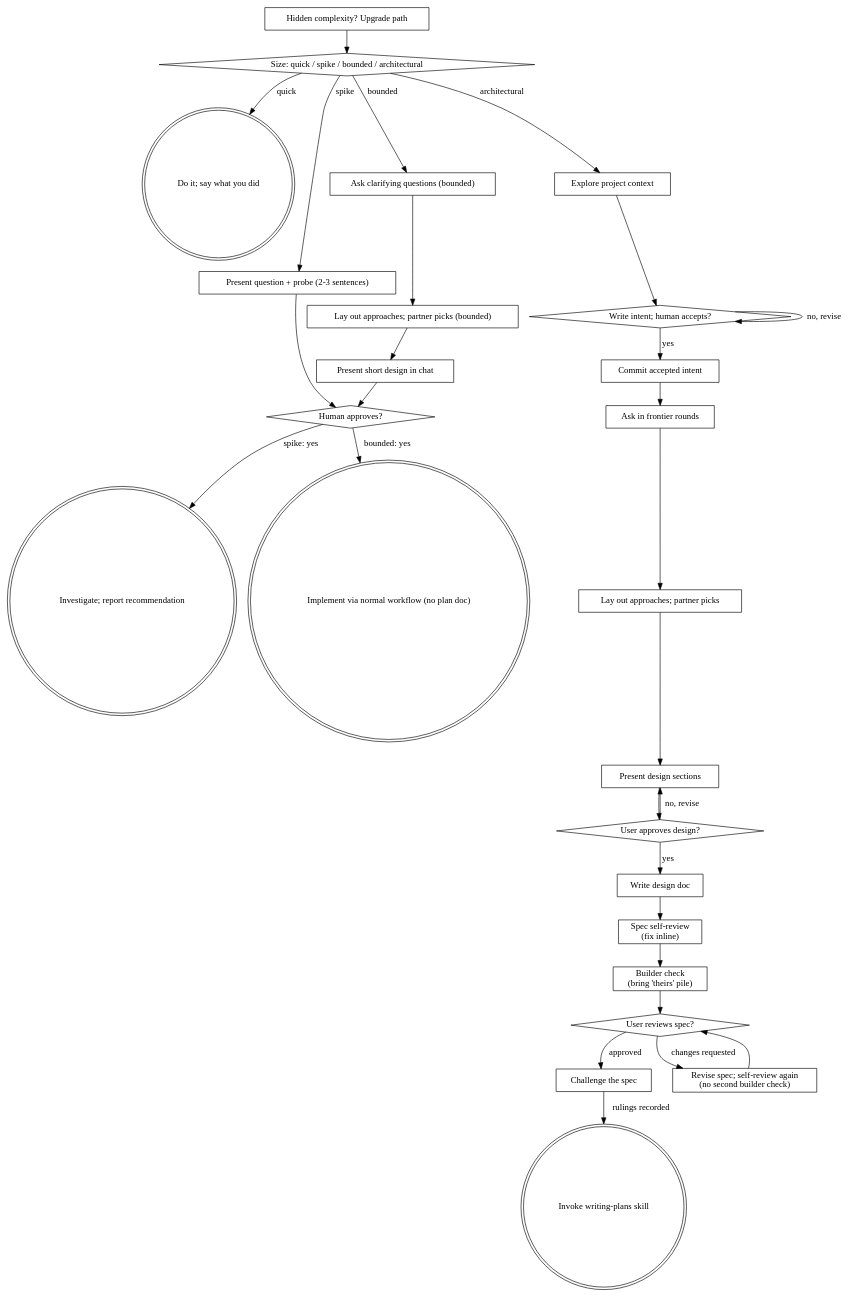
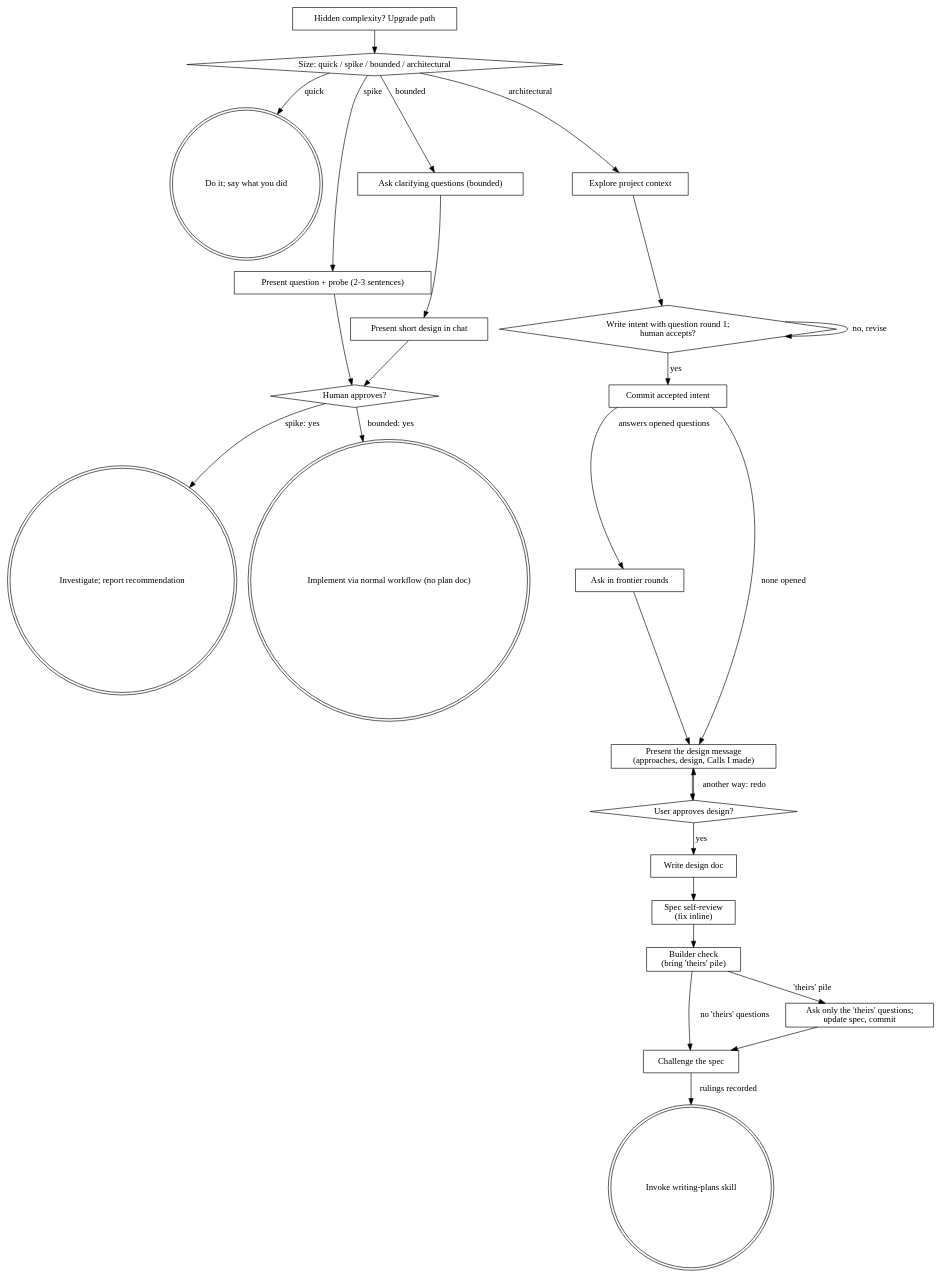
The diagram in skills/brainstorming/references/architectural.md (malekgxd/superpowers), drawn with Graphviz before and after one commit. The commit also changed other lines of this file and 3 other files, not shown here.

Commit message:
brainstorming: intent carries question round 1, one design message, no spec review stop

````diff
--- a/skills/brainstorming/references/architectural.md
+++ b/skills/brainstorming/references/architectural.md
@@ -54,56 +52,51 @@
 ```dot
 digraph brainstorming {
     "Size: quick / spike / bounded / architectural" [shape=diamond];
     "Do it; say what you did" [shape=doublecircle];
     "Present question + probe (2-3 sentences)" [shape=box];
     "Ask clarifying questions (bounded)" [shape=box];
-    "Lay out approaches; partner picks (bounded)" [shape=box];
     "Present short design in chat" [shape=box];
     "Human approves?" [shape=diamond];
     "Investigate; report recommendation" [shape=doublecircle];
     "Implement via normal workflow (no plan doc)" [shape=doublecircle];
     "Explore project context" [shape=box];
-    "Write intent; human accepts?" [shape=diamond];
+    "Write intent with question round 1;\nhuman accepts?" [shape=diamond];
     "Commit accepted intent" [shape=box];
     "Ask in frontier rounds" [shape=box];
     "Challenge the spec" [shape=box];
-    "Lay out approaches; partner picks" [shape=box];
-    "Present design sections" [shape=box];
+    "Present the design message\n(approaches, design, Calls I made)" [shape=box];
     "User approves design?" [shape=diamond];
     "Write design doc" [shape=box];
     "Spec self-review\n(fix inline)" [shape=box];
     "Builder check\n(bring 'theirs' pile)" [shape=box];
-    "User reviews spec?" [shape=diamond];
+    "Ask only the 'theirs' questions;\nupdate spec, commit" [shape=box];
     "Invoke writing-plans skill" [shape=doublecircle];
     "Hidden complexity? Upgrade path" [shape=box];
 
     "Size: quick / spike / bounded / architectural" -> "Do it; say what you did" [label="quick"];
     "Size: quick / spike / bounded / architectural" -> "Present question + probe (2-3 sentences)" [label="spike"];
     "Size: quick / spike / bounded / architectural" -> "Ask clarifying questions (bounded)" [label="bounded"];
     "Size: quick / spike / bounded / architectural" -> "Explore project context" [label="architectural"];
     "Present question + probe (2-3 sentences)" -> "Human approves?";
-    "Ask clarifying questions (bounded)" -> "Lay out approaches; partner picks (bounded)";
-    "Lay out approaches; partner picks (bounded)" -> "Present short design in chat";
+    "Ask clarifying questions (bounded)" -> "Present short design in chat";
     "Present short design in chat" -> "Human approves?";
     "Human approves?" -> "Investigate; report recommendation" [label="spike: yes"];
     "Human approves?" -> "Implement via normal workflow (no plan doc)" [label="bounded: yes"];
     "Hidden complexity? Upgrade path" -> "Size: quick / spike / bounded / architectural";
-    "Explore project context" -> "Write intent; human accepts?";
-    "Write intent; human accepts?" -> "Write intent; human accepts?" [label="no, revise"];
-    "Write intent; human accepts?" -> "Commit accepted intent" [label="yes"];
-    "Commit accepted intent" -> "Ask in frontier rounds";
-    "Ask in frontier rounds" -> "Lay out approaches; partner picks";
-    "Lay out approaches; partner picks" -> "Present design sections";
-    "Present design sections" -> "User approves design?";
-    "User approves design?" -> "Present design sections" [label="no, revise"];
+    "Explore project context" -> "Write intent with question round 1;\nhuman accepts?";
+    "Write intent with question round 1;\nhuman accepts?" -> "Write intent with question round 1;\nhuman accepts?" [label="no, revise"];
+    "Write intent with question round 1;\nhuman accepts?" -> "Commit accepted intent" [label="yes"];
+    "Commit accepted intent" -> "Ask in frontier rounds" [label="answers opened questions"];
+    "Commit accepted intent" -> "Present the design message\n(approaches, design, Calls I made)" [label="none opened"];
+    "Ask in frontier rounds" -> "Present the design message\n(approaches, design, Calls I made)";
+    "Present the design message\n(approaches, design, Calls I made)" -> "User approves design?";
+    "User approves design?" -> "Present the design message\n(approaches, design, Calls I made)" [label="another way: redo"];
     "User approves design?" -> "Write design doc" [label="yes"];
     "Write design doc" -> "Spec self-review\n(fix inline)";
     "Spec self-review\n(fix inline)" -> "Builder check\n(bring 'theirs' pile)";
-    "Builder check\n(bring 'theirs' pile)" -> "User reviews spec?";
-    "Revise spec; self-review again\n(no second builder check)" [shape=box];
-    "User reviews spec?" -> "Revise spec; self-review again\n(no second builder check)" [label="changes requested"];
-    "Revise spec; self-review again\n(no second builder check)" -> "User reviews spec?";
-    "User reviews spec?" -> "Challenge the spec" [label="approved"];
+    "Builder check\n(bring 'theirs' pile)" -> "Challenge the spec" [label="no 'theirs' questions"];
+    "Builder check\n(bring 'theirs' pile)" -> "Ask only the 'theirs' questions;\nupdate spec, commit" [label="'theirs' pile"];
+    "Ask only the 'theirs' questions;\nupdate spec, commit" -> "Challenge the spec";
     "Challenge the spec" -> "Invoke writing-plans skill" [label="rulings recorded"];
 }
 ```
````
